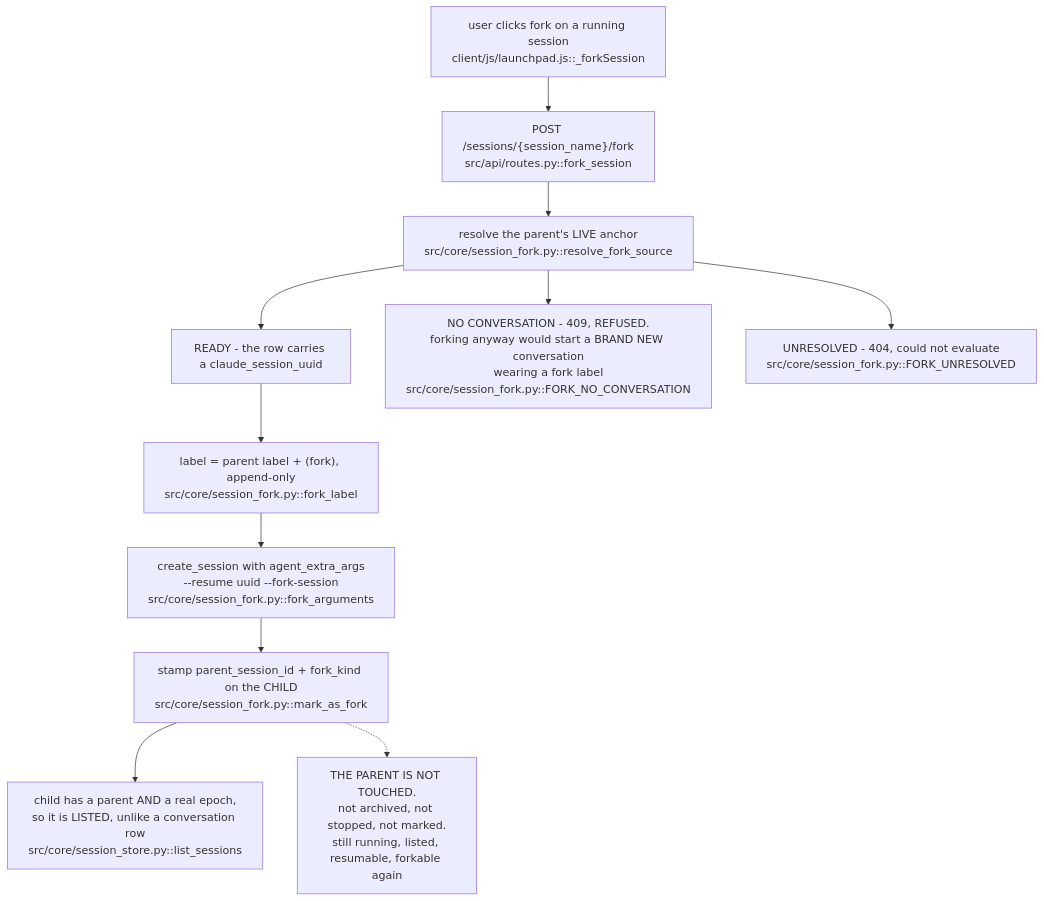
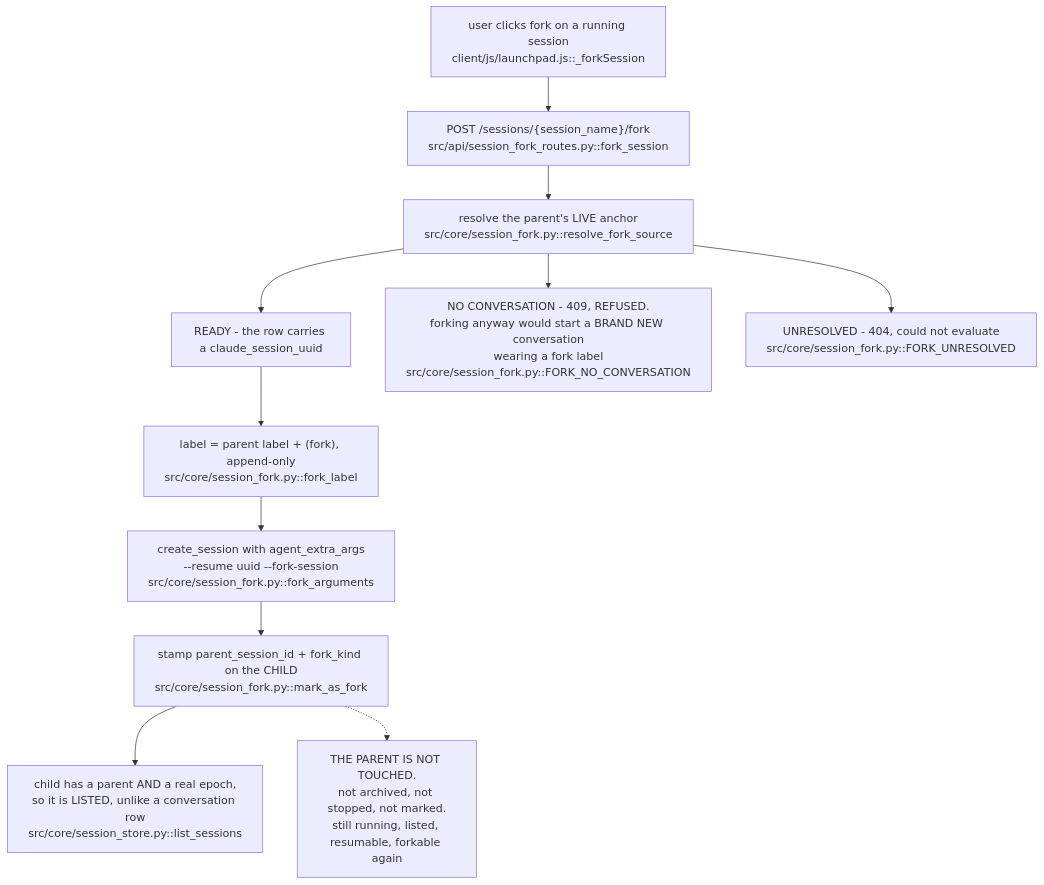
Before and after one commit to ccsliinc/CloudeCode: the seventh of 9 diagrams in docs/session-project-operations.md, drawn with Mermaid. The commit also changed 75 other files, not shown here.

````diff
--- a/docs/session-project-operations.md
+++ b/docs/session-project-operations.md
@@ -299,18 +299,18 @@
 ```mermaid
 graph TD
     U["user clicks fork on a running session<br/>client/js/launchpad.js::_forkSession"]
-    U --> R["POST /sessions/{session_name}/fork<br/>src/api/routes.py::fork_session"]
+    U --> R["POST /sessions/{session_name}/fork<br/>src/api/session_fork_routes.py::fork_session"]
     R --> S["resolve the parent's LIVE anchor<br/>src/core/session_fork.py::resolve_fork_source"]
 
     S --> OK["READY - the row carries a claude_session_uuid"]
     S --> NC["NO CONVERSATION - 409, REFUSED.<br/>forking anyway would start a BRAND NEW conversation<br/>wearing a fork label<br/>src/core/session_fork.py::FORK_NO_CONVERSATION"]
     S --> UN["UNRESOLVED - 404, could not evaluate<br/>src/core/session_fork.py::FORK_UNRESOLVED"]
 
     OK --> L["label = parent label + (fork), append-only<br/>src/core/session_fork.py::fork_label"]
     L --> C["create_session with agent_extra_args<br/>--resume uuid --fork-session<br/>src/core/session_fork.py::fork_arguments"]
     C --> M["stamp parent_session_id + fork_kind on the CHILD<br/>src/core/session_fork.py::mark_as_fork"]
     M --> V["child has a parent AND a real epoch,<br/>so it is LISTED, unlike a conversation row<br/>src/core/session_store.py::list_sessions"]
 
     P["THE PARENT IS NOT TOUCHED.<br/>not archived, not stopped, not marked.<br/>still running, listed, resumable, forkable again"]
     M -.-> P
 ```
````
